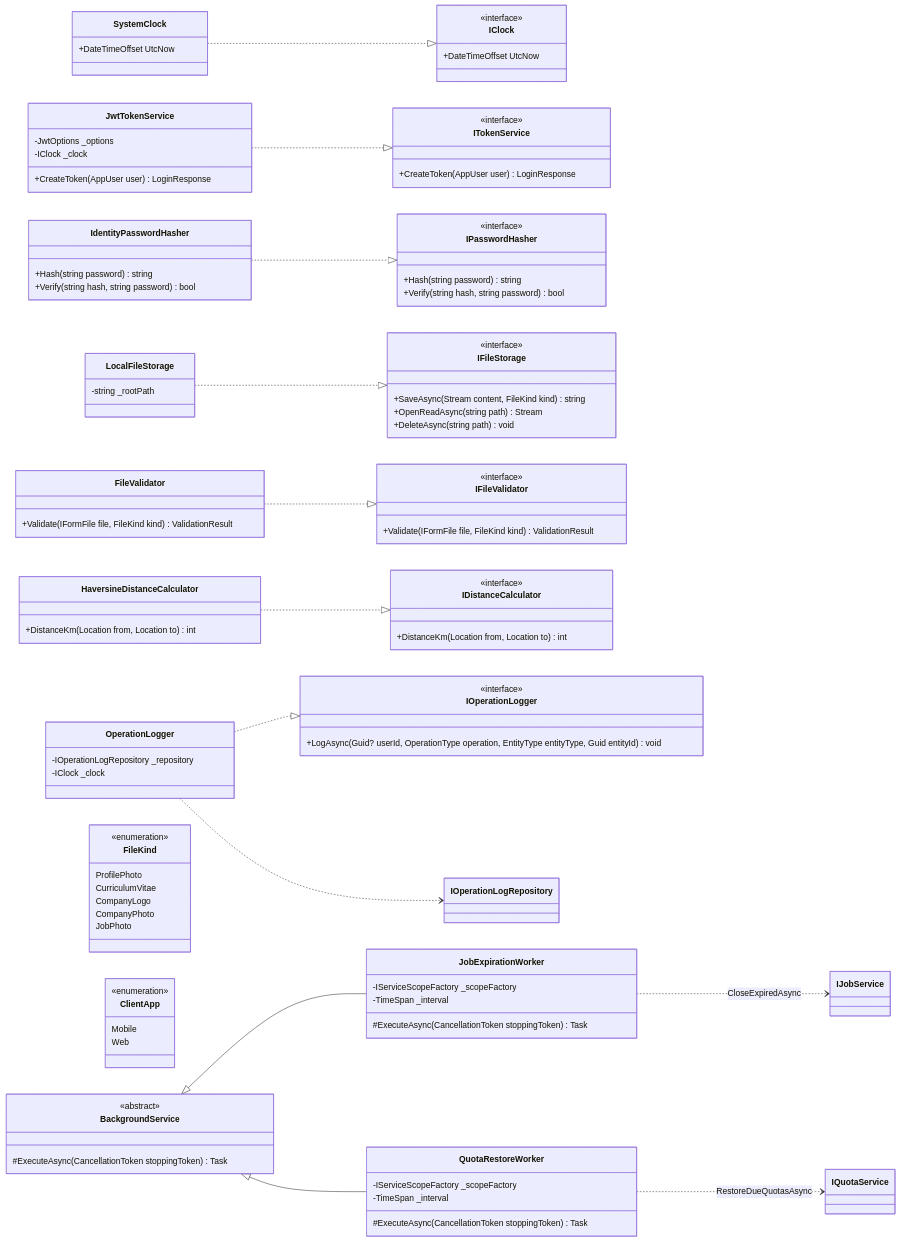
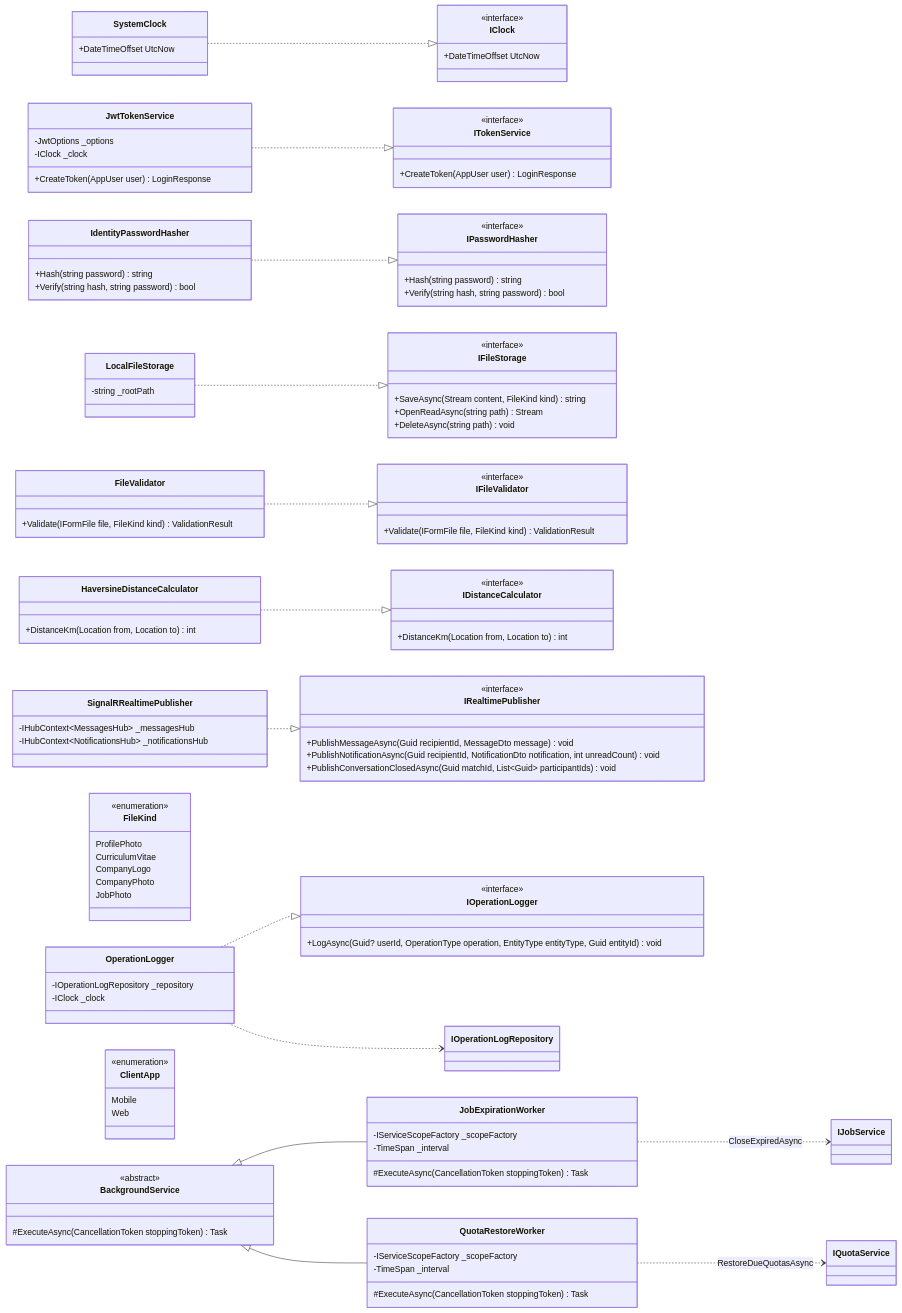
Before and after one commit to katch-lds/katch-docs: the ninth of 15 diagrams in 04-artefactos-tecnicos/04.07-modelos-de-classes/m2-modelo-classes-backend-v01.md, drawn with Mermaid. The commit also changed other lines of this file, not shown here.

Commit message:
[I036] docs(modelo-classes): canal persistente SignalR e atributos dos DTOs (D01, D02)

```diff
--- a/04-artefactos-tecnicos/04.07-modelos-de-classes/m2-modelo-classes-backend-v01.md
+++ b/04-artefactos-tecnicos/04.07-modelos-de-classes/m2-modelo-classes-backend-v01.md
@@ -888,6 +888,16 @@
         CompanyPhoto
         JobPhoto
     }
+    class IRealtimePublisher {
+        <<interface>>
+        +PublishMessageAsync(Guid recipientId, MessageDto message) void
+        +PublishNotificationAsync(Guid recipientId, NotificationDto notification, int unreadCount) void
+        +PublishConversationClosedAsync(Guid matchId, List~Guid~ participantIds) void
+    }
+    class SignalRRealtimePublisher {
+        -IHubContext~MessagesHub~ _messagesHub
+        -IHubContext~NotificationsHub~ _notificationsHub
+    }
     class ClientApp {
         <<enumeration>>
         Mobile
@@ -914,6 +924,7 @@
     FileValidator ..|> IFileValidator
     HaversineDistanceCalculator ..|> IDistanceCalculator
     OperationLogger ..|> IOperationLogger
+    SignalRRealtimePublisher ..|> IRealtimePublisher
     OperationLogger ..> IOperationLogRepository
     BackgroundService <|-- JobExpirationWorker
     BackgroundService <|-- QuotaRestoreWorker
```
